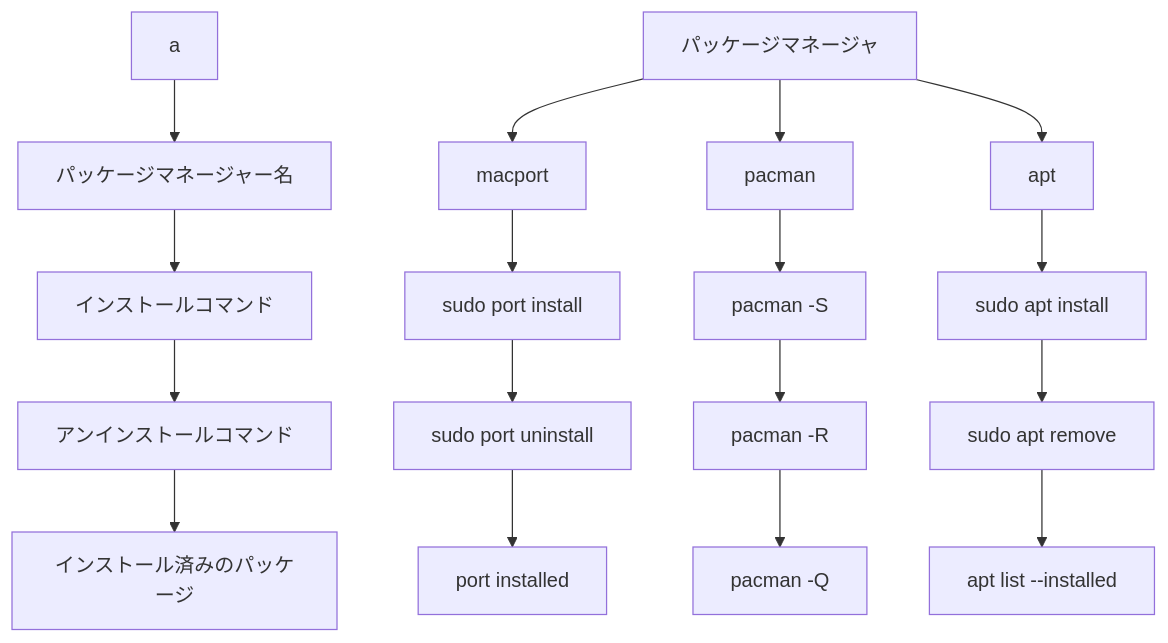
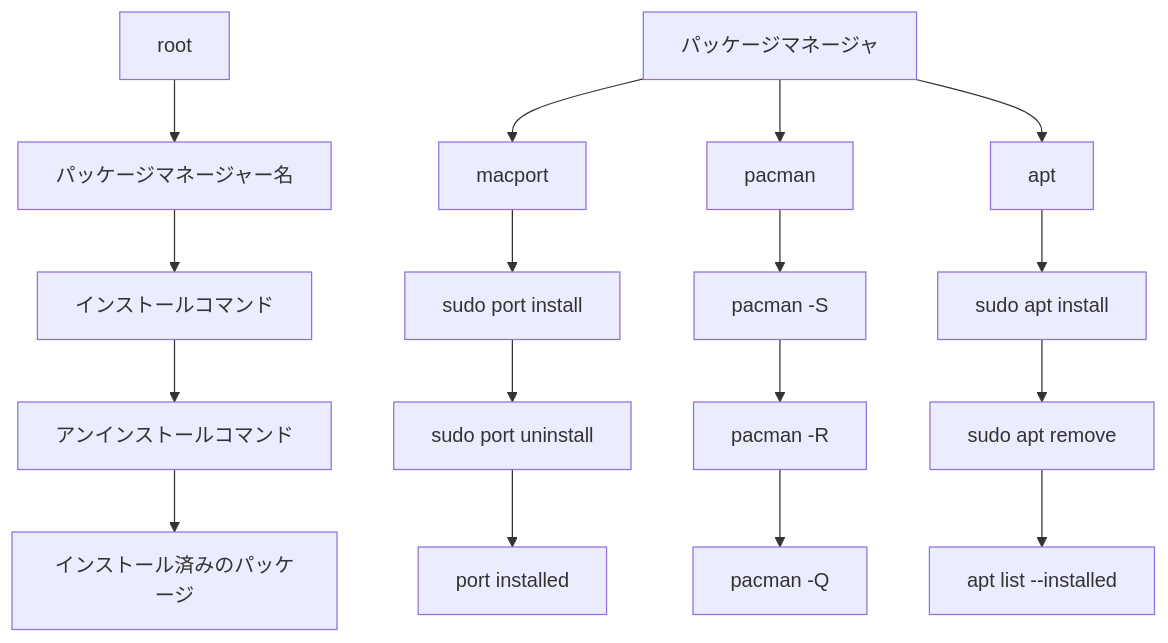
The diagram in package_manager_operations.md (trygfmi/makefile_blog), drawn with Mermaid before and after one commit.

Commit message:
トップ名をrootに変更

````diff
--- a/package_manager_operations.md
+++ b/package_manager_operations.md
@@ -1,23 +1,23 @@
 ```mermaid
 graph TD
-    N[a] --> O[パッケージマネージャー名]
+    N[root] --> O[パッケージマネージャー名]
     O --> P[インストールコマンド]
     P --> Q[アンインストールコマンド]
     Q --> R[インストール済みのパッケージ]
 
     A[パッケージマネージャ] --> B[macport]
     A --> C[pacman]
     A --> D[apt]
 
     B --> E[sudo port install]
     C --> F[pacman -S]
     D --> G[sudo apt install]
 
     E --> H[sudo port uninstall]
     F --> I[pacman -R]
     G --> J[sudo apt remove]
 
     H --> K[port installed]
     I --> L[pacman -Q]
     J --> M[apt list --installed]
 ```
````
